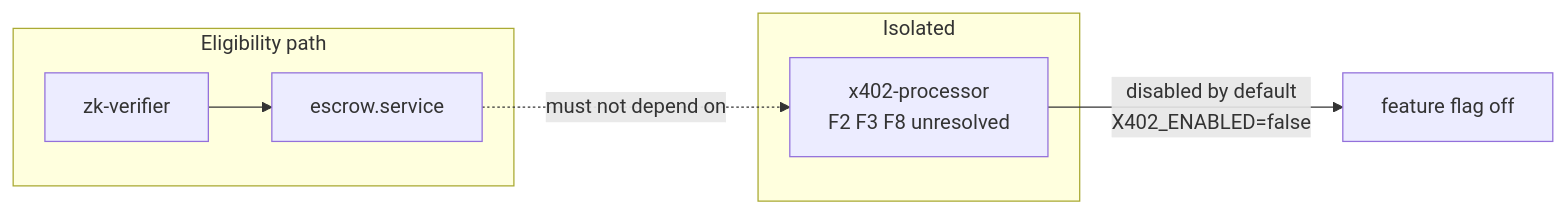
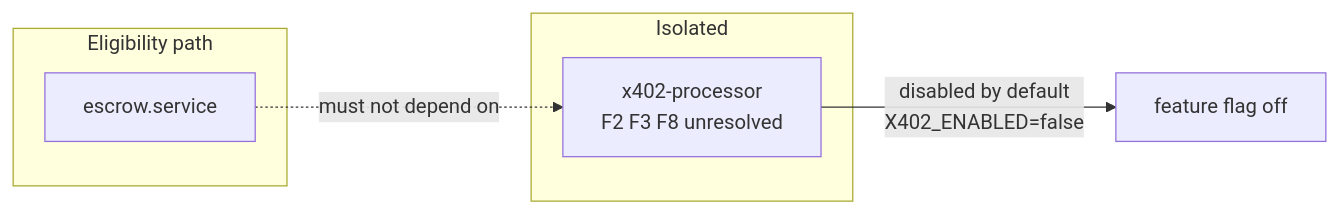
Before and after one commit to safetrustcr/backend-SafeTrust: the third of 3 diagrams in docs/architecture/crate-boundaries.md, drawn with Mermaid. The commit also changed other lines of this file and 30 other files, not shown here.

````diff
--- a/docs/architecture/crate-boundaries.md
+++ b/docs/architecture/crate-boundaries.md
@@ -177,13 +169,11 @@
 ```mermaid
 flowchart LR
     subgraph Eligibility path
-        ZK[zk-verifier]
         ES[escrow.service]
     end
     subgraph Isolated
         X4[x402-processor\nF2 F3 F8 unresolved]
     end
-    ZK --> ES
     ES -.->|must not depend on| X4
     X4 -->|disabled by default\nX402_ENABLED=false| OFF[feature flag off]
 ```
````
